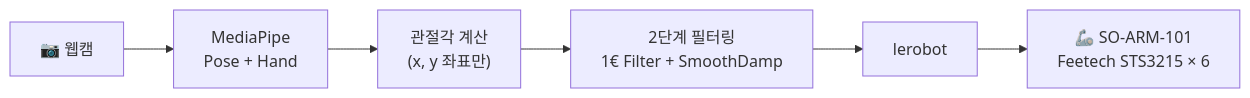
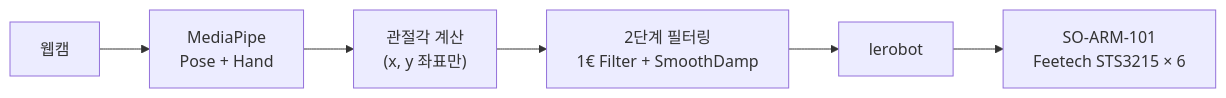
The diagram in 2026/05. 웹캠 로봇팔 원격조종/README.md (kakabab12/My_portfolio), drawn with Mermaid before and after one commit. The commit also changed other lines of this file and 13 other files, not shown here.

````diff
--- a/2026/05. 웹캠 로봇팔 원격조종/README.md
+++ b/2026/05. 웹캠 로봇팔 원격조종/README.md
@@ -17,8 +17,8 @@
 ```mermaid
 flowchart LR
-    A["📷 웹캠"] --> B["MediaPipe<br/>Pose + Hand"]
+    A["웹캠"] --> B["MediaPipe<br/>Pose + Hand"]
     B --> C["관절각 계산<br/>(x, y 좌표만)"]
     C --> D["2단계 필터링<br/>1€ Filter + SmoothDamp"]
     D --> E["lerobot"]
-    E --> F["🦾 SO-ARM-101<br/>Feetech STS3215 × 6"]
+    E --> F["SO-ARM-101<br/>Feetech STS3215 × 6"]
 ```
````
